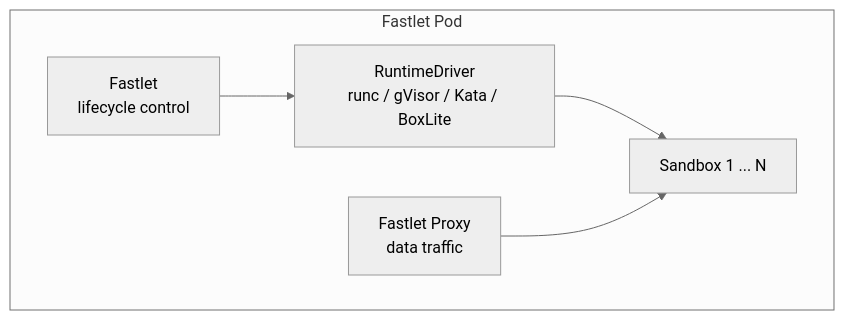
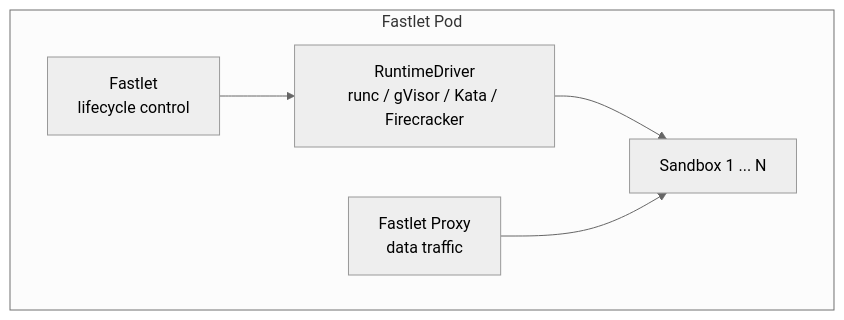
The second of 2 diagrams in docs/concepts/architecture.md (opensandbox-group/fast-sandbox), drawn with Mermaid (neutral theme) before and after one commit. The commit also changed other lines of this file and 89 other files, not shown here.

Commit message:
refactor(runtime): remove BoxLite support

````diff
--- a/docs/concepts/architecture.md
+++ b/docs/concepts/architecture.md
@@ -96,12 +96,12 @@
 ```mermaid
 flowchart TB
   subgraph Pod["Fastlet Pod"]
     Control["Fastlet<br/>lifecycle control"]
     Proxy["Fastlet Proxy<br/>data traffic"]
-    Driver["RuntimeDriver<br/>runc / gVisor / Kata / BoxLite"]
+    Driver["RuntimeDriver<br/>runc / gVisor / Kata / Firecracker"]
     Sandboxes["Sandbox 1 ... N"]
 
     Control --> Driver --> Sandboxes
     Proxy --> Sandboxes
   end
 ```
````
